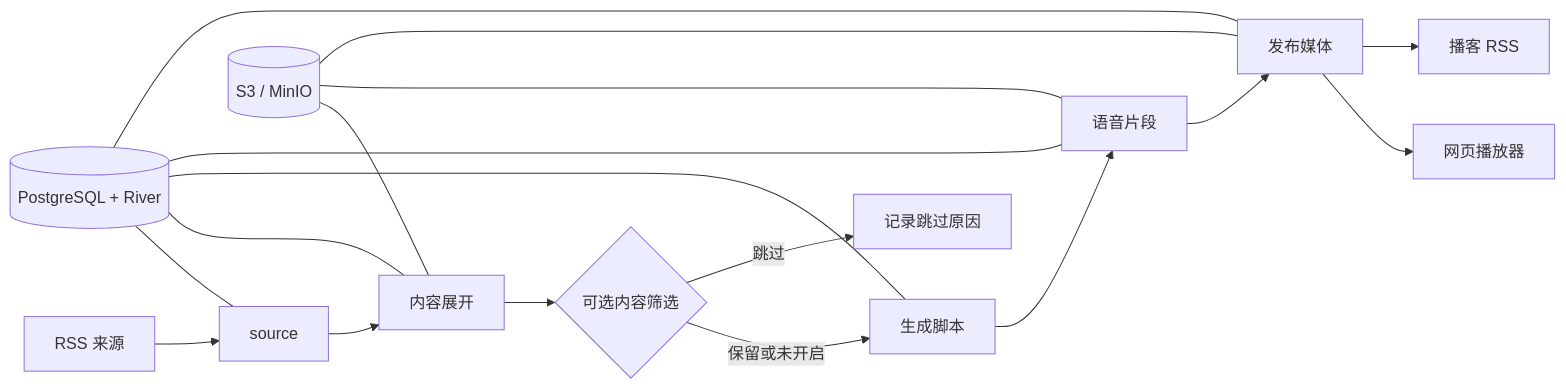
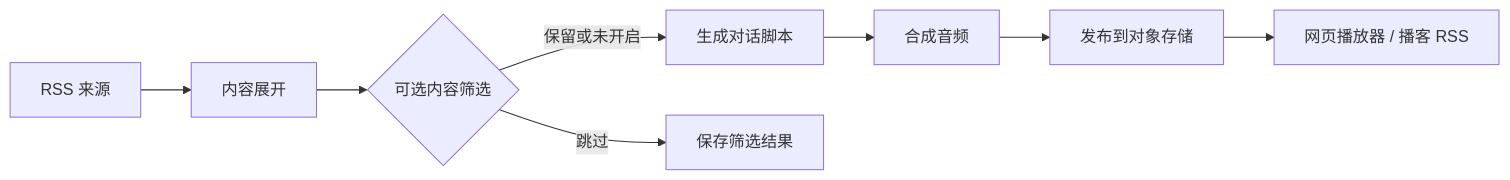
One commit to synrise25/rss-pod changed the diagram in README.zh-CN.md. Above: the diagram before and after it, drawn with Mermaid. The commit also changed other lines of this file and 6 other files, not shown here.

````diff
--- a/README.zh-CN.md
+++ b/README.zh-CN.md
@@ -55,21 +38,10 @@
 ```mermaid
 flowchart LR
-    RSS[RSS 来源] --> Source[source]
-    Source --> Content[内容展开]
+    RSS[RSS 来源] --> Content[内容展开]
     Content --> Screening{可选内容筛选}
-    Screening -->|保留或未开启| LLM[生成脚本]
-    Screening -->|跳过| Skipped[记录跳过原因]
-    LLM --> TTS[语音片段]
-    TTS --> Media[发布媒体]
-    Media --> Player[网页播放器]
-    Media --> Feed[播客 RSS]
-
-    DB[(PostgreSQL + River)] --- Source
-    DB --- Content
-    DB --- LLM
-    DB --- TTS
-    DB --- Media
-    S3[(S3 / MinIO)] --- Content
-    S3 --- TTS
-    S3 --- Media
+    Screening -->|保留或未开启| LLM[生成对话脚本]
+    Screening -->|跳过| Skipped[保存筛选结果]
+    LLM --> TTS[合成音频]
+    TTS --> Publish[发布到对象存储]
+    Publish --> Player[网页播放器 / 播客 RSS]
 ```
````
